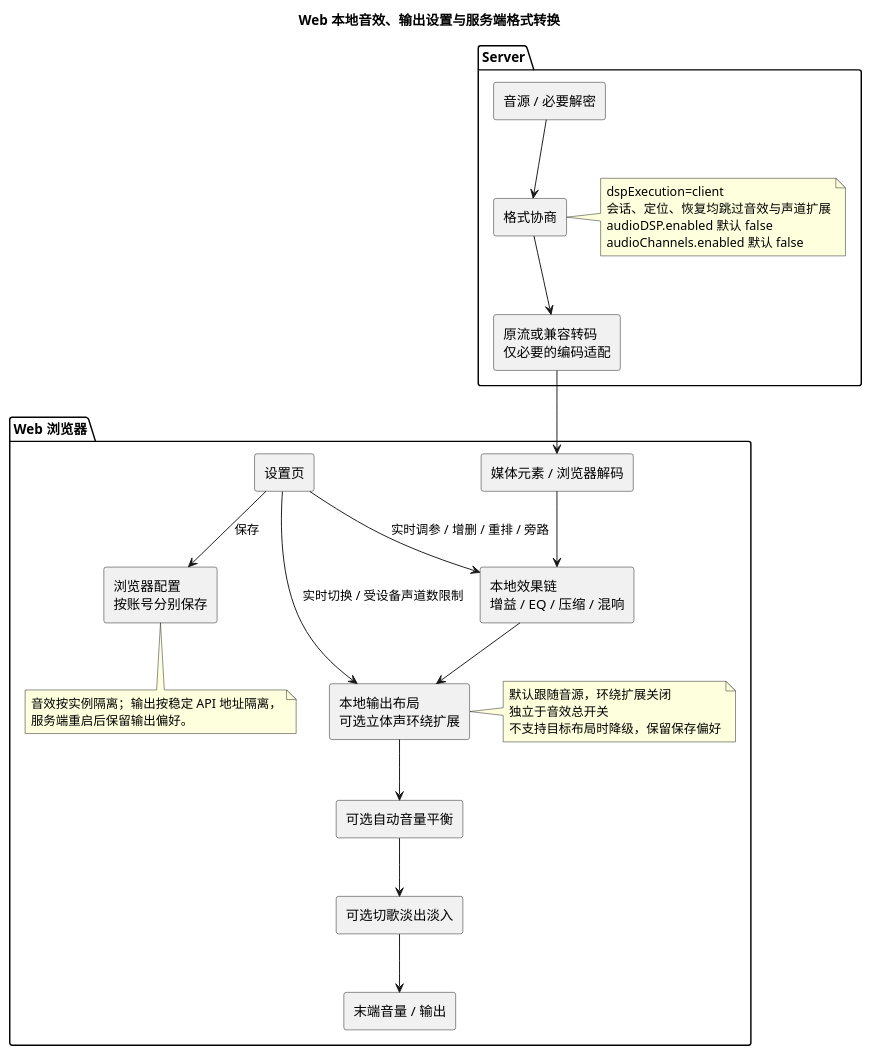
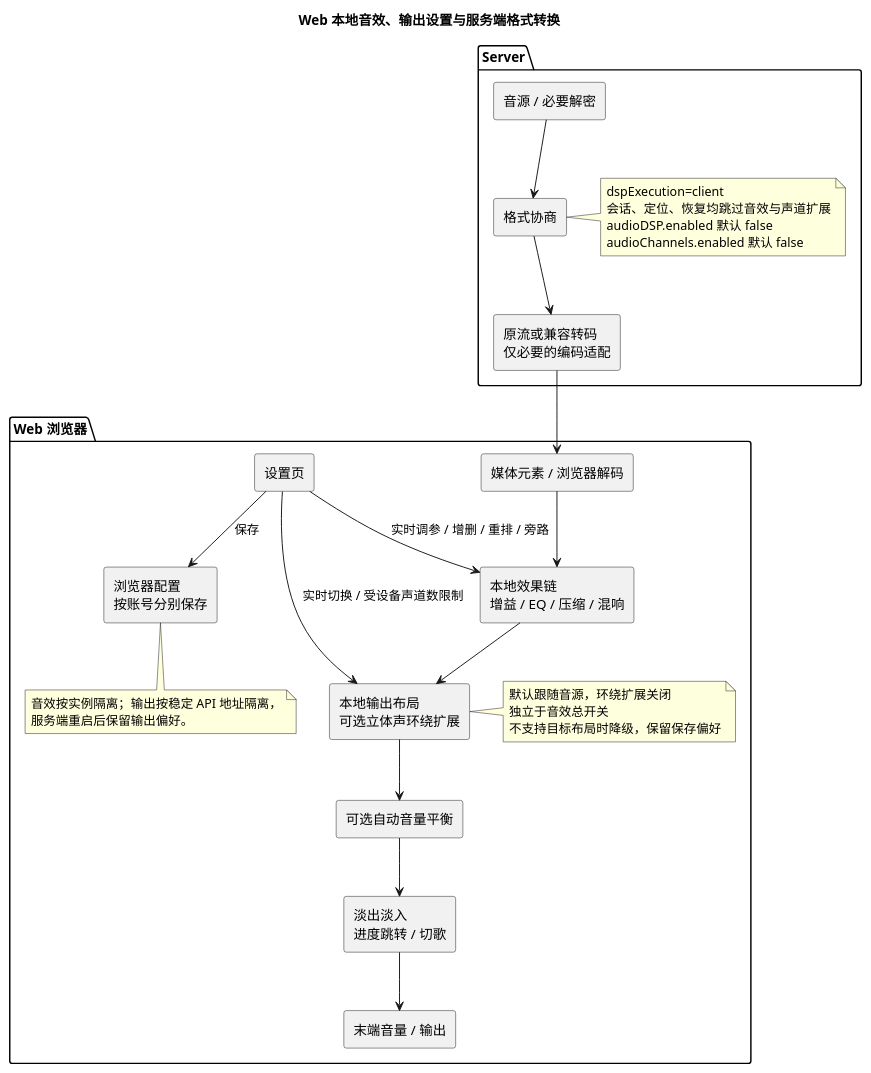
One commit to fnMrRice/MusicFS changed the diagram in docs/diagrams/web-local-dsp.puml. Above: the diagram before and after it, drawn with PlantUML. The commit also changed 1 other file, not shown here.

```diff
--- a/docs/diagrams/web-local-dsp.puml
+++ b/docs/diagrams/web-local-dsp.puml
@@ -1,34 +1,34 @@
 @startuml
 title Web 本地音效、输出设置与服务端格式转换
 skinparam componentStyle rectangle
 package "Server" {
   [音源 / 必要解密] --> [格式协商]
   [格式协商] --> [原流或兼容转码\n仅必要的编码适配]
   note right of [格式协商]
     dspExecution=client
     会话、定位、恢复均跳过音效与声道扩展
     audioDSP.enabled 默认 false
     audioChannels.enabled 默认 false
   end note
 }
 package "Web 浏览器" {
   [原流或兼容转码\n仅必要的编码适配] --> [媒体元素 / 浏览器解码]
   [媒体元素 / 浏览器解码] --> [本地效果链\n增益 / EQ / 压缩 / 混响]
   [本地效果链\n增益 / EQ / 压缩 / 混响] --> [本地输出布局\n可选立体声环绕扩展]
   [本地输出布局\n可选立体声环绕扩展] --> [可选自动音量平衡]
-  [可选自动音量平衡] --> [可选切歌淡出淡入]
-  [可选切歌淡出淡入] --> [末端音量 / 输出]
+  [可选自动音量平衡] --> [淡出淡入\n进度跳转 / 切歌]
+  [淡出淡入\n进度跳转 / 切歌] --> [末端音量 / 输出]
   [设置页] --> [本地效果链\n增益 / EQ / 压缩 / 混响] : 实时调参 / 增删 / 重排 / 旁路
   [设置页] --> [本地输出布局\n可选立体声环绕扩展] : 实时切换 / 受设备声道数限制
   [设置页] --> [浏览器配置\n按账号分别保存] : 保存
   note bottom of [浏览器配置\n按账号分别保存]
     音效按实例隔离；输出按稳定 API 地址隔离，
     服务端重启后保留输出偏好。
   end note
   note right of [本地输出布局\n可选立体声环绕扩展]
     默认跟随音源，环绕扩展关闭
     独立于音效总开关
     不支持目标布局时降级，保留保存偏好
   end note
 }
 @enduml
```
